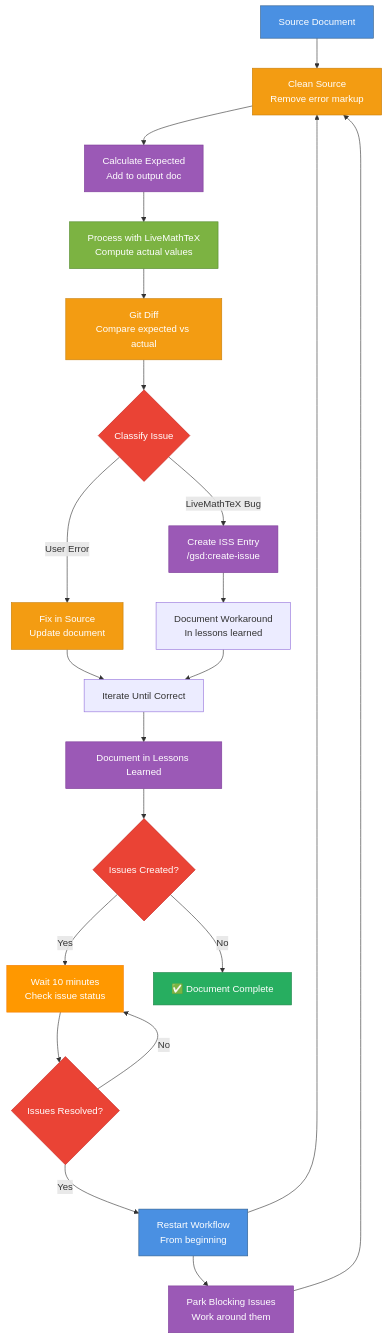
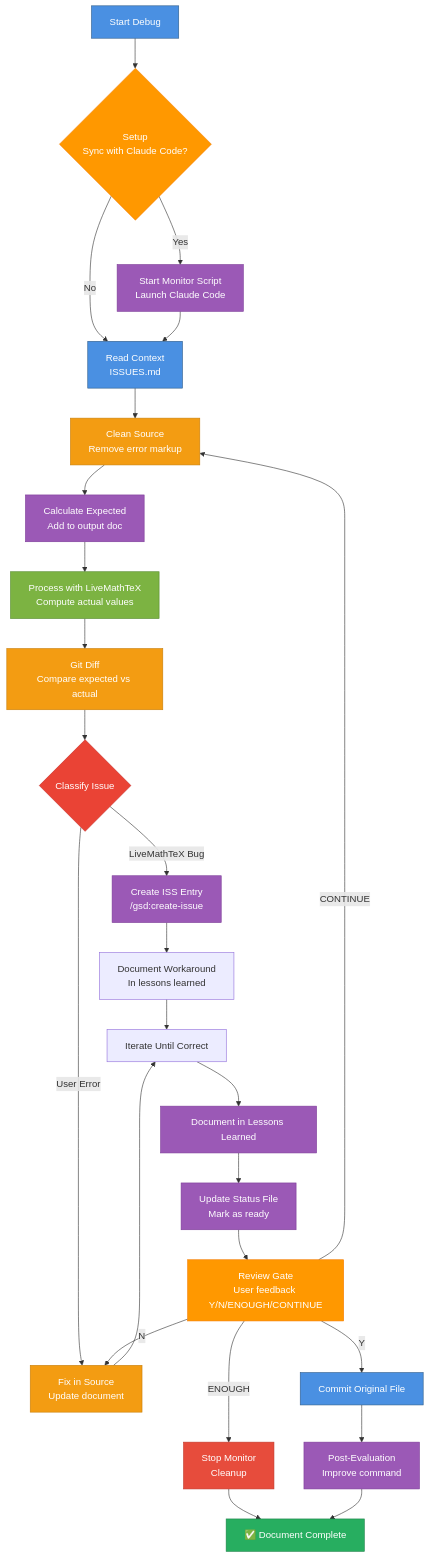
The diagram in .cursor/commands/debug-calculations.md (MarkMichiels/livemathtex), drawn with Mermaid before and after one commit. The commit also changed other lines of this file and 2 other files, not shown here.

First line of the commit message:
feat(commands): add review gates to calculation workflow

````diff
--- a/.cursor/commands/debug-calculations.md
+++ b/.cursor/commands/debug-calculations.md
@@ -149,39 +245,46 @@
 ```mermaid
 graph TB
-    INPUT[Source Document] --> CLEAN[Clean Source<br/>Remove error markup]
+    START[Start Debug] --> SETUP{Setup<br/>Sync with Claude Code?}
+    SETUP -->|Yes| MONITOR[Start Monitor Script<br/>Launch Claude Code]
+    SETUP -->|No| CONTEXT[Read Context<br/>ISSUES.md]
+    MONITOR --> CONTEXT
+    CONTEXT --> CLEAN[Clean Source<br/>Remove error markup]
     CLEAN --> EXPECT[Calculate Expected<br/>Add to output doc]
     EXPECT --> PROCESS[Process with LiveMathTeX<br/>Compute actual values]
     PROCESS --> DIFF[Git Diff<br/>Compare expected vs actual]
     DIFF --> CLASSIFY{Classify Issue}
     CLASSIFY -->|LiveMathTeX Bug| ISSUE[Create ISS Entry<br/>/gsd:create-issue]
     CLASSIFY -->|User Error| FIX[Fix in Source<br/>Update document]
     ISSUE --> WORKAROUND[Document Workaround<br/>In lessons learned]
     FIX --> ITERATE[Iterate Until Correct]
     WORKAROUND --> ITERATE
     ITERATE --> LEARN[Document in Lessons Learned]
-    LEARN --> CHECK{Issues Created?}
-    CHECK -->|Yes| WAIT[Wait 10 minutes<br/>Check issue status]
-    CHECK -->|No| DONE[✅ Document Complete]
-    WAIT --> RESOLVED{Issues Resolved?}
-    RESOLVED -->|Yes| RESTART[Restart Workflow<br/>From beginning]
-    RESOLVED -->|No| WAIT
-    RESTART --> CLEAN
-    RESTART --> PARK[Park Blocking Issues<br/>Work around them]
-    PARK --> CLEAN
+    LEARN --> STATUS[Update Status File<br/>Mark as ready]
+    STATUS --> REVIEW[Review Gate<br/>User feedback Y/N/ENOUGH/CONTINUE]
+    REVIEW -->|N| FIX
+    REVIEW -->|CONTINUE| CLEAN
+    REVIEW -->|Y| COMMIT[Commit Original File]
+    REVIEW -->|ENOUGH| CLEANUP[Stop Monitor<br/>Cleanup]
+    COMMIT --> POST[Post-Evaluation<br/>Improve command]
+    CLEANUP --> DONE[✅ Document Complete]
+    POST --> DONE
 
-    style INPUT fill:#4a90e2,stroke:#2e5c8a,color:#fff
+    style START fill:#4a90e2,stroke:#2e5c8a,color:#fff
+    style SETUP fill:#ff9800,stroke:#f57c00,color:#fff
+    style MONITOR fill:#9b59b6,stroke:#7d3c98,color:#fff
+    style CONTEXT fill:#4a90e2,stroke:#2e5c8a,color:#fff
     style CLEAN fill:#f39c12,stroke:#c87f0a,color:#fff
     style EXPECT fill:#9b59b6,stroke:#7d3c98,color:#fff
     style PROCESS fill:#7cb342,stroke:#558b2f,color:#fff
     style DIFF fill:#f39c12,stroke:#c87f0a,color:#fff
     style CLASSIFY fill:#ea4335,stroke:#c5221f,color:#fff
     style ISSUE fill:#9b59b6,stroke:#7d3c98,color:#fff
     style FIX fill:#f39c12,stroke:#c87f0a,color:#fff
     style LEARN fill:#9b59b6,stroke:#7d3c98,color:#fff
-    style CHECK fill:#ea4335,stroke:#c5221f,color:#fff
-    style WAIT fill:#ff9800,stroke:#f57c00,color:#fff
-    style RESOLVED fill:#ea4335,stroke:#c5221f,color:#fff
-    style RESTART fill:#4a90e2,stroke:#2e5c8a,color:#fff
-    style PARK fill:#9b59b6,stroke:#7d3c98,color:#fff
+    style STATUS fill:#9b59b6,stroke:#7d3c98,color:#fff
+    style REVIEW fill:#ff9800,stroke:#f57c00,color:#fff
+    style COMMIT fill:#4a90e2,stroke:#2e5c8a,color:#fff
+    style CLEANUP fill:#e74c3c,stroke:#c0392b,color:#fff
+    style POST fill:#9b59b6,stroke:#7d3c98,color:#fff
     style DONE fill:#27ae60,stroke:#1e8449,color:#fff
 ```
````
